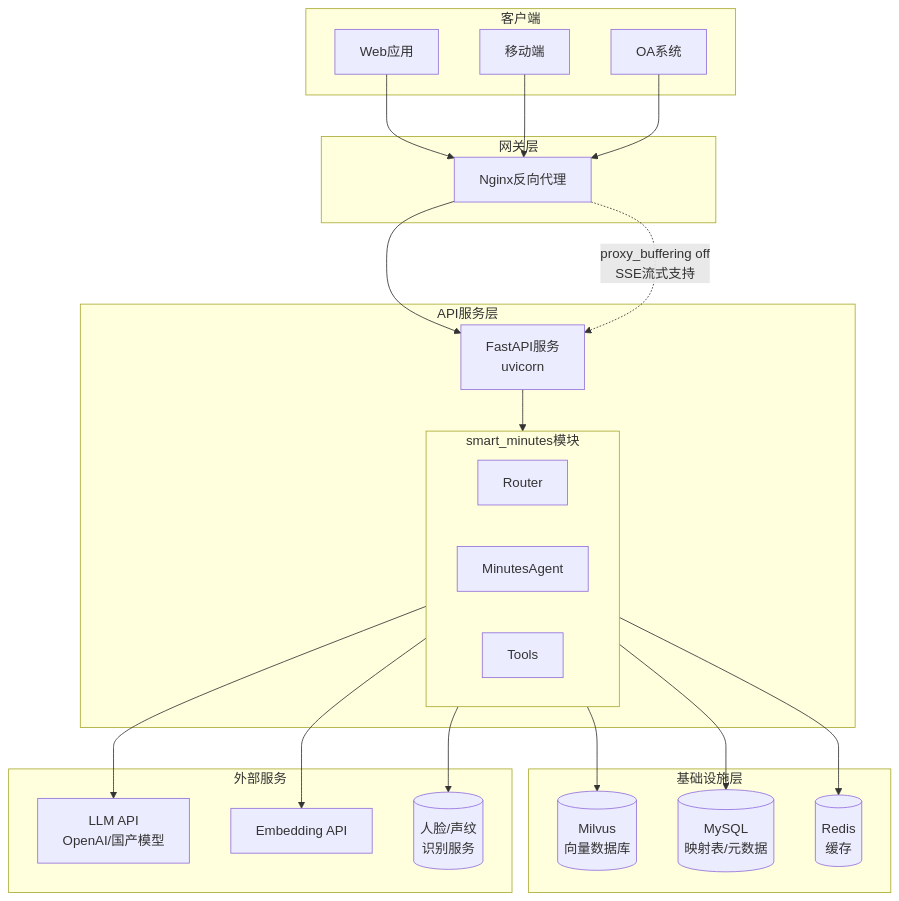
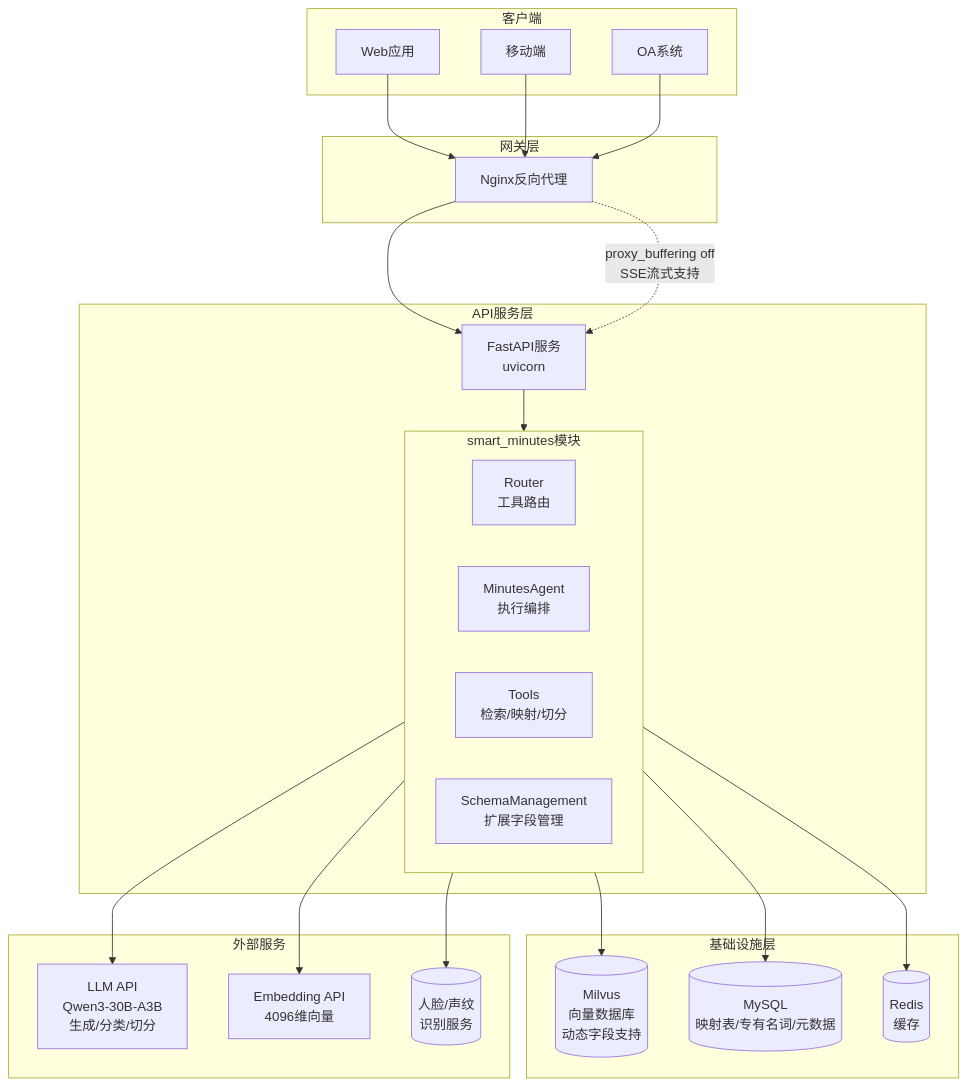
Before and after one commit to yuancaoyaoHW/mettings: diagram 11 of 13 in docs/architecture_diagrams.md, drawn with Mermaid. The commit also changed other lines of this file, not shown here.

Commit message:
更新结构图

````diff
--- a/docs/architecture_diagrams.md
+++ b/docs/architecture_diagrams.md
@@ -503,50 +652,51 @@
 ```mermaid
 flowchart TB
     subgraph Client["客户端"]
         Web[Web应用]
         Mobile[移动端]
         OA[OA系统]
     end
 
     subgraph Gateway["网关层"]
         Nginx[Nginx反向代理]
     end
 
     subgraph API["API服务层"]
         FastAPI[FastAPI服务<br/>uvicorn]
         subgraph Service["smart_minutes模块"]
-            Router[Router]
-            Agent[MinutesAgent]
-            Tools[Tools]
+            Router[Router<br/>工具路由]
+            Agent[MinutesAgent<br/>执行编排]
+            Tools[Tools<br/>检索/映射/切分]
+            SchemaMgmt[SchemaManagement<br/>扩展字段管理]
         end
     end
 
     subgraph Infrastructure["基础设施层"]
-        Milvus[(Milvus<br/>向量数据库)]
-        MySQL[(MySQL<br/>映射表/元数据)]
+        Milvus[(Milvus<br/>向量数据库<br/>动态字段支持)]
+        MySQL[(MySQL<br/>映射表/专有名词/元数据)]
         Redis[(Redis<br/>缓存)]
     end
 
     subgraph External["外部服务"]
-        LLM[LLM API<br/>OpenAI/国产模型]
-        Embedding[Embedding API]
+        LLM[LLM API<br/>Qwen3-30B-A3B<br/>生成/分类/切分]
+        Embedding[Embedding API<br/>4096维向量]
         FaceRec[(人脸/声纹<br/>识别服务)]
     end
 
     Web --> Nginx
     Mobile --> Nginx
     OA --> Nginx
     
     Nginx --> FastAPI
     FastAPI --> Service
     
     Service --> Milvus
     Service --> MySQL
     Service --> Redis
     Service --> LLM
     Service --> Embedding
     Service --> FaceRec
     
     %% 流式接口特殊配置
     Nginx -.->|proxy_buffering off<br/>SSE流式支持| FastAPI
 ```
````
